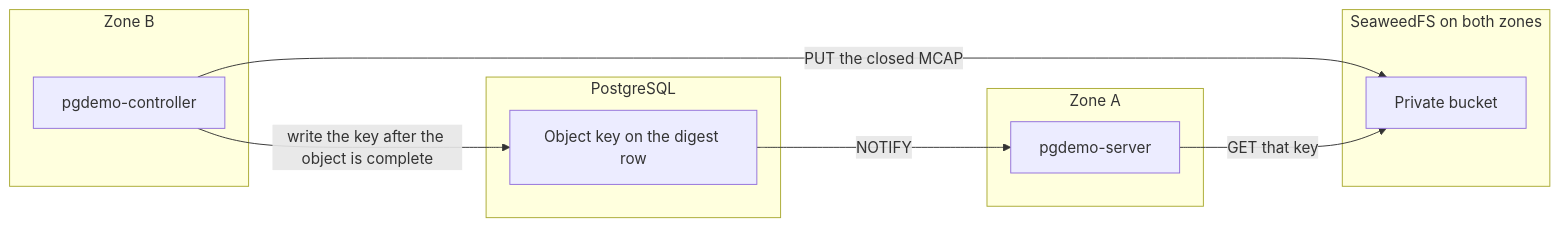
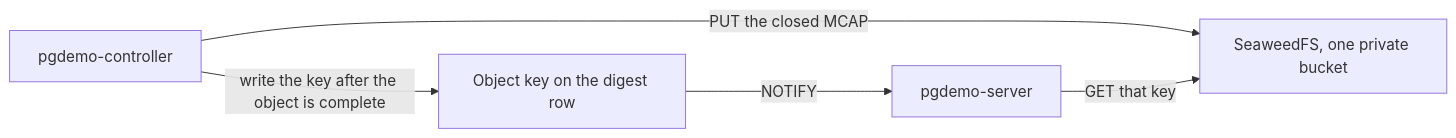
One commit to jgmatu/postgresql changed the third of 5 diagrams in TODO.md. Above: the diagram before and after it, drawn with Mermaid. The commit also changed other lines of this file and 8 other files, not shown here.

Commit message:
Draw bridges, namespaces and private keys only in the operational README so other docs stop showing one database per zone.

````diff
--- a/TODO.md
+++ b/TODO.md
@@ -114,20 +108,12 @@
 ```mermaid
 flowchart LR
-    subgraph zoneB [Zone B]
-        producer[pgdemo-controller]
-    end
-    subgraph buffer [SeaweedFS on both zones]
-        bucket[Private bucket]
-    end
-    subgraph handoff [PostgreSQL]
-        key[Object key on the digest row]
-    end
-    subgraph zoneA [Zone A]
-        consumer[pgdemo-server]
-    end
+    producer[pgdemo-controller]
+    bucket["SeaweedFS, one private bucket"]
+    key[Object key on the digest row]
+    consumer[pgdemo-server]
 
     producer -->|PUT the closed MCAP| bucket
     producer -->|write the key after the object is complete| key
     key -->|NOTIFY| consumer
     consumer -->|GET that key| bucket
 ```
````
